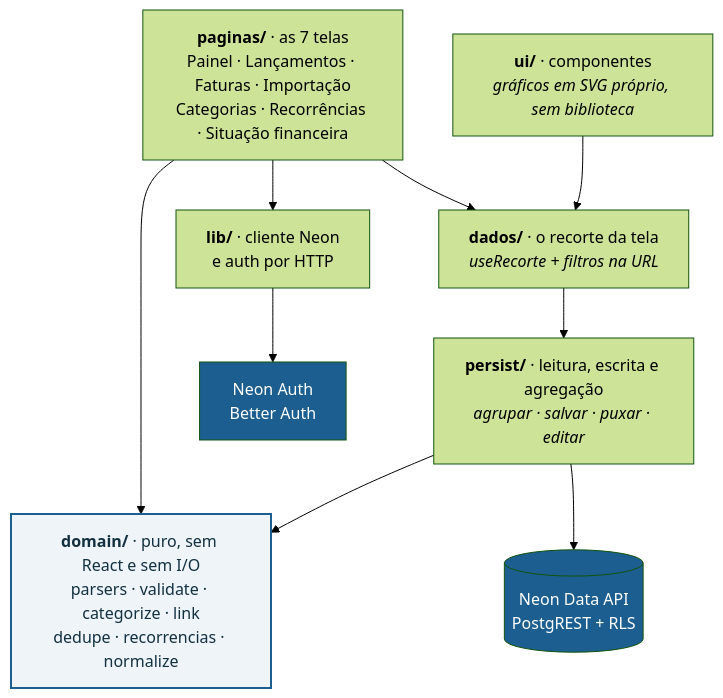
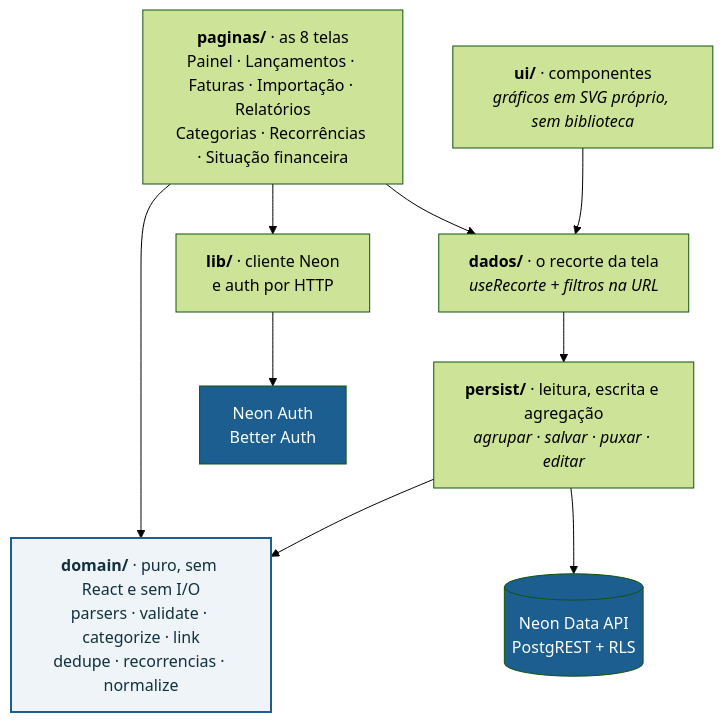
Before and after one commit to cielioqueiroz/controle-financeiro: the second of 4 diagrams in README.md, drawn with Mermaid (forest theme). The commit also changed other lines of this file and 11 other files, not shown here.

````diff
--- a/README.md
+++ b/README.md
@@ -151,23 +160,23 @@
 ```mermaid
 graph TD
-    PG["<b>paginas/</b> · as 7 telas<br/>Painel · Lançamentos · Faturas · Importação<br/>Categorias · Recorrências · Situação financeira"]
+    PG["<b>paginas/</b> · as 8 telas<br/>Painel · Lançamentos · Faturas · Importação · Relatórios<br/>Categorias · Recorrências · Situação financeira"]
     CP["<b>ui/</b> · componentes<br/><i>gráficos em SVG próprio, sem biblioteca</i>"]
     RC["<b>dados/</b> · o recorte da tela<br/><i>useRecorte + filtros na URL</i>"]
     DOM["<b>domain/</b> · puro, sem React e sem I/O<br/>parsers · validate · categorize · link<br/>dedupe · recorrencias · normalize"]
     PER["<b>persist/</b> · leitura, escrita e agregação<br/><i>agrupar · salvar · puxar · editar</i>"]
     LIB["<b>lib/</b> · cliente Neon<br/>e auth por HTTP"]
     NEON[("Neon Data API<br/>PostgREST + RLS")]
     AUTH["Neon Auth<br/>Better Auth"]
 
     PG --> RC
     CP --> RC
     RC --> PER
     PG --> DOM
     PER --> DOM
     PER --> NEON
     PG --> LIB --> AUTH
 
     style DOM fill:#eef4f8,stroke:#1b5e8f,stroke-width:2px,color:#12303f
     style NEON fill:#1b5e8f,color:#fff
     style AUTH fill:#1b5e8f,color:#fff
 ```
````
